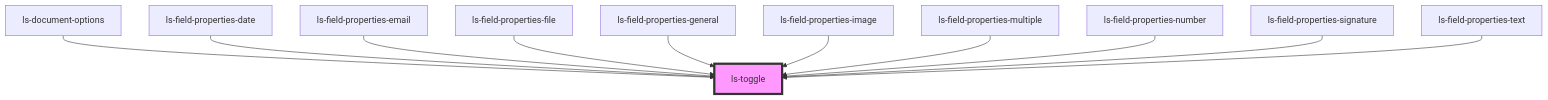
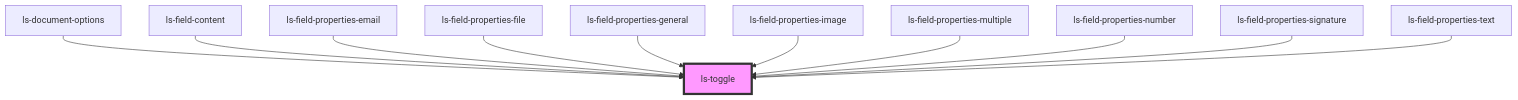
Before and after one commit to legalesign/ls-document-viewer: the diagram in src/components/ls-toggle/readme.md, drawn with Mermaid. The commit also changed other lines of this file and 23 other files, not shown here.

````diff
--- a/src/components/ls-toggle/readme.md
+++ b/src/components/ls-toggle/readme.md
@@ -24,14 +24,14 @@
 ```mermaid
 graph TD;
   ls-document-options --> ls-toggle
-  ls-field-properties-date --> ls-toggle
+  ls-field-content --> ls-toggle
   ls-field-properties-email --> ls-toggle
   ls-field-properties-file --> ls-toggle
   ls-field-properties-general --> ls-toggle
   ls-field-properties-image --> ls-toggle
   ls-field-properties-multiple --> ls-toggle
   ls-field-properties-number --> ls-toggle
   ls-field-properties-signature --> ls-toggle
   ls-field-properties-text --> ls-toggle
   style ls-toggle fill:#f9f,stroke:#333,stroke-width:4px
 ```
````
